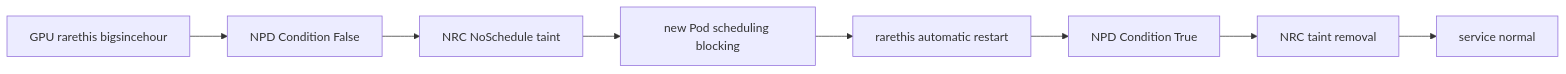
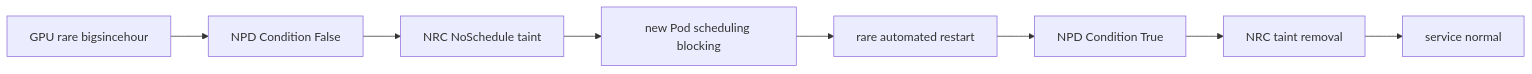
Before and after one commit to devfloor9/engineering-playbook: the ninth of 13 diagrams in i18n/en/docusaurus-plugin-content-docs/current/aiops-aidlc/aiops-predictive-operations.md, drawn with Mermaid. The commit also changed other lines of this file, not shown here.

````diff
--- a/i18n/en/docusaurus-plugin-content-docs/current/aiops-aidlc/aiops-predictive-operations.md
+++ b/i18n/en/docusaurus-plugin-content-docs/current/aiops-aidlc/aiops-predictive-operations.md
@@ -2450,10 +2436,10 @@
 ```mermaid
 graph LR
-A[GPU rarethis bigsincehour] --> B[NPD Condition False]
+A[GPU rare bigsincehour] --> B[NPD Condition False]
 B --> C[NRC NoSchedule taint]
 C --> D[new Pod scheduling blocking]
-D --> E[rarethis automatic restart]
+D --> E[rare automated restart]
 E --> F[NPD Condition True]
 F --> G[NRC taint removal]
 G --> H[service normal]
 ```
````
